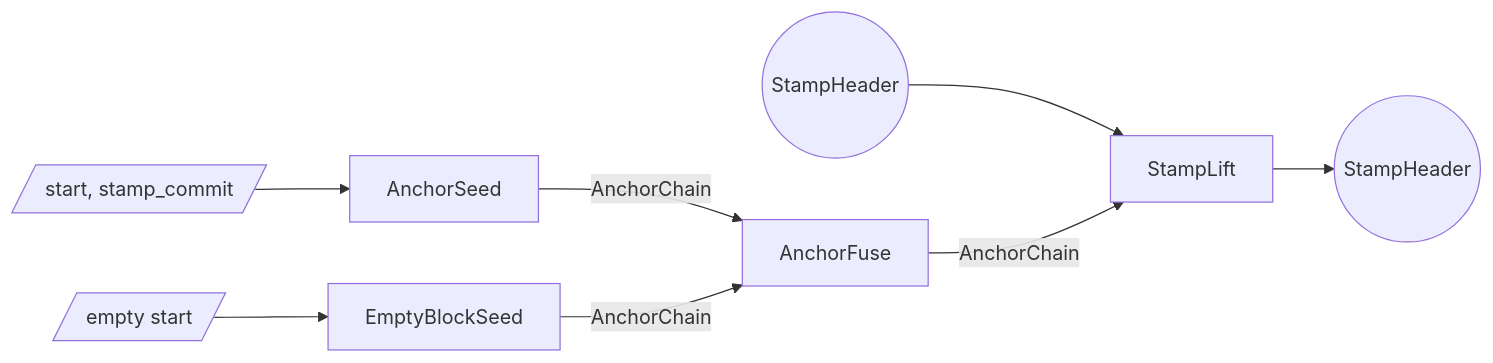
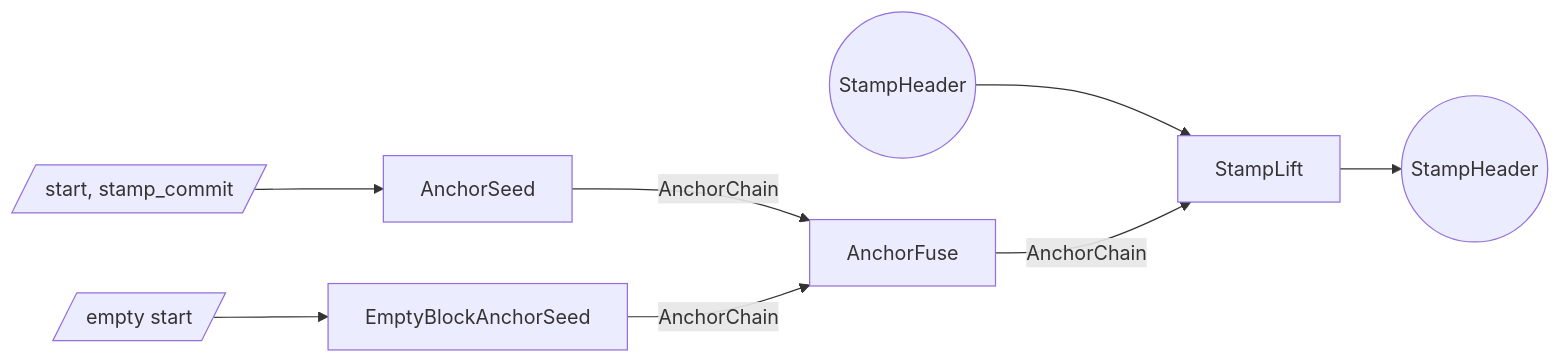
One commit to tachyon-zcash/tachyon changed the second of 3 diagrams in book/src/proof-tree.md. Above: the diagram before and after it, drawn with Mermaid. The commit also changed other lines of this file and 15 other files, not shown here.

````diff
--- a/book/src/proof-tree.md
+++ b/book/src/proof-tree.md
@@ -276,19 +276,19 @@
 ```mermaid
 flowchart LR
   sh_in((StampHeader))
   w_seed[/start, stamp_commit/]
   s_seed[AnchorSeed]
   w_fuse[/empty start/]
-  s_empty[EmptyBlockSeed]
+  s_empty[EmptyBlockAnchorSeed]
   s_fuse[AnchorFuse]
   s_lift[StampLift]
   sh_out((StampHeader))
 
   w_seed --> s_seed
   w_fuse --> s_empty
   s_seed -->|AnchorChain| s_fuse
   s_empty -->|AnchorChain| s_fuse
   sh_in --> s_lift
   s_fuse -->|AnchorChain| s_lift
   s_lift --> sh_out
 ```
````
